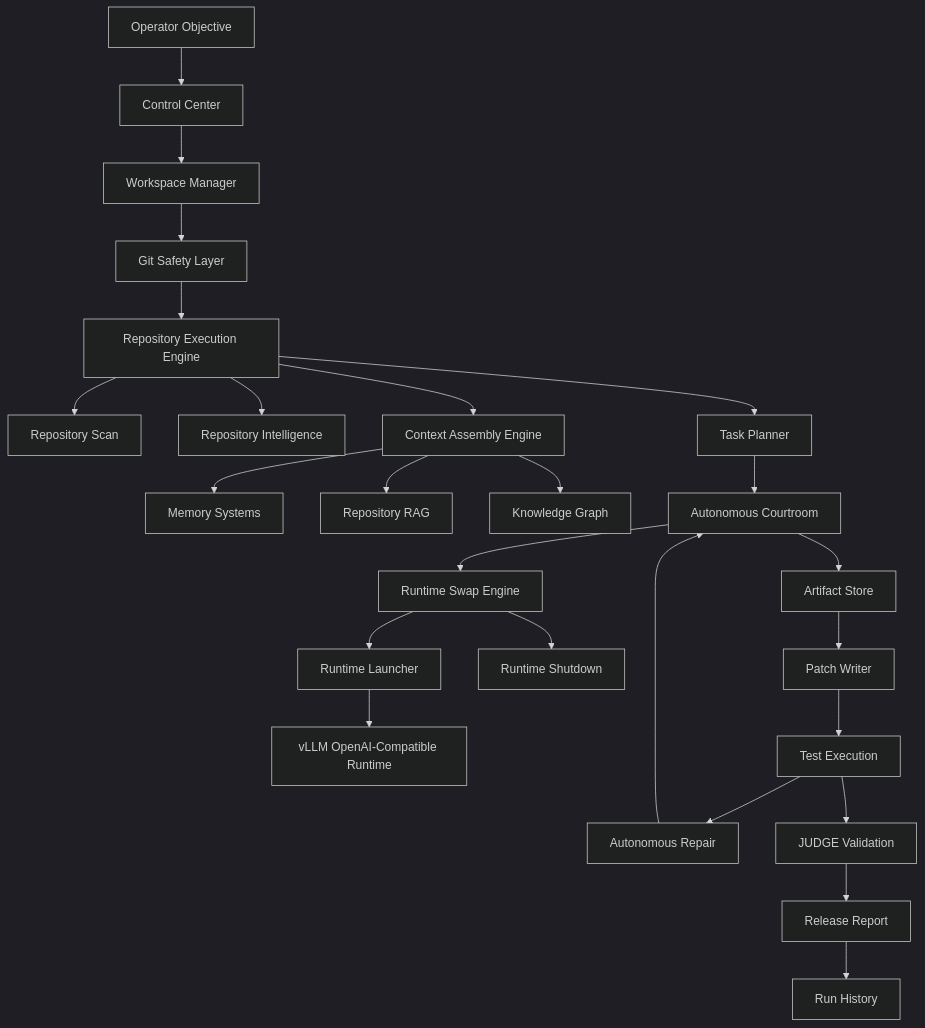
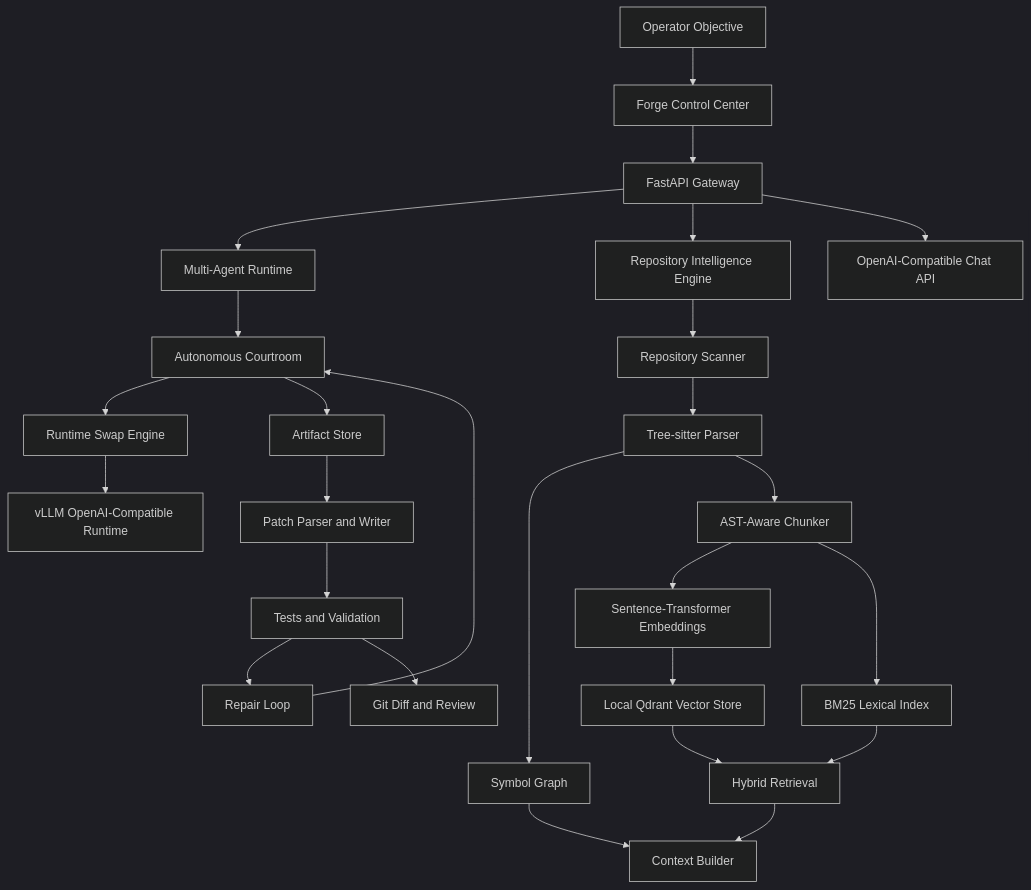
Before and after one commit to ratishoberoi/forge: the first of 6 diagrams in README.md, drawn with Mermaid (dark theme). The commit also changed other lines of this file, not shown here.

````diff
--- a/README.md
+++ b/README.md
@@ -68,31 +64,30 @@
 ```mermaid
-graph TD
-    Operator[Operator Objective] --> Control[Control Center]
-    Control --> Workspace[Workspace Manager]
-    Workspace --> GitSafety[Git Safety Layer]
-    GitSafety --> Repository[Repository Execution Engine]
+flowchart TD
+    Operator[Operator Objective] --> Control[Forge Control Center]
+    Control --> API[FastAPI Gateway]
+    API --> Runtime[Multi-Agent Runtime]
+    API --> RepoIntel[Repository Intelligence Engine]
+    API --> Chat[OpenAI-Compatible Chat API]
 
-    Repository --> Scan[Repository Scan]
-    Repository --> Intelligence[Repository Intelligence]
-    Repository --> Context[Context Assembly Engine]
-    Repository --> Planner[Task Planner]
+    RepoIntel --> Scanner[Repository Scanner]
+    Scanner --> Parser[Tree-sitter Parser]
+    Parser --> Graph[Symbol Graph]
+    Parser --> Chunker[AST-Aware Chunker]
+    Chunker --> Embeddings[Sentence-Transformer Embeddings]
+    Embeddings --> Qdrant[Local Qdrant Vector Store]
+    Chunker --> BM25[BM25 Lexical Index]
+    Qdrant --> Retrieval[Hybrid Retrieval]
+    BM25 --> Retrieval
+    Graph --> Context[Context Builder]
+    Retrieval --> Context
 
-    Context --> Memory[Memory Systems]
-    Context --> RAG[Repository RAG]
-    Context --> Graph[Knowledge Graph]
-
-    Planner --> Courtroom[Autonomous Courtroom]
-    Courtroom --> RuntimeSwap[Runtime Swap Engine]
-    RuntimeSwap --> Launcher[Runtime Launcher]
-    RuntimeSwap --> Shutdown[Runtime Shutdown]
-    Launcher --> VLLM[vLLM OpenAI-Compatible Runtime]
-
+    Runtime --> Courtroom[Autonomous Courtroom]
+    Courtroom --> Swap[Runtime Swap Engine]
+    Swap --> VLLM[vLLM OpenAI-Compatible Runtime]
     Courtroom --> Artifacts[Artifact Store]
-    Artifacts --> Patch[Patch Writer]
-    Patch --> Tests[Test Execution]
-    Tests --> Repair[Autonomous Repair]
+    Artifacts --> Patch[Patch Parser and Writer]
+    Patch --> Validation[Tests and Validation]
+    Validation --> Repair[Repair Loop]
     Repair --> Courtroom
-    Tests --> Judge[JUDGE Validation]
-    Judge --> Report[Release Report]
-    Report --> RunHistory[Run History]
+    Validation --> Git[Git Diff and Review]
 ```
````
